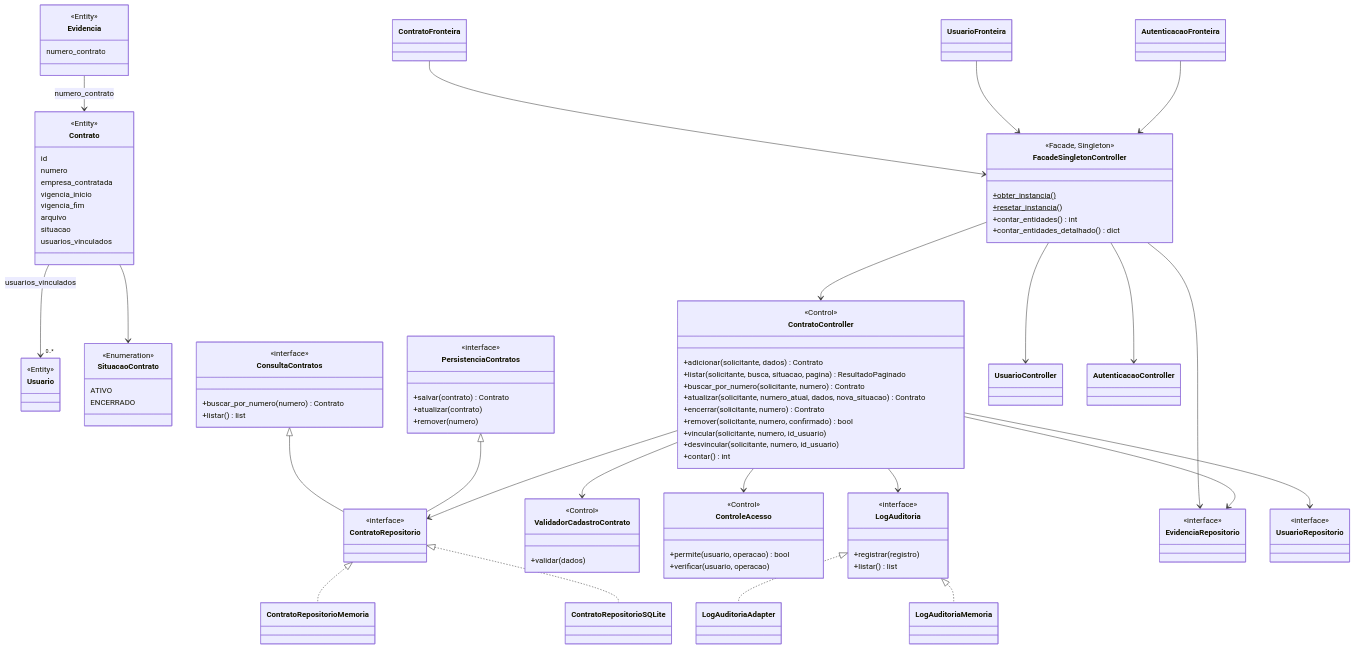
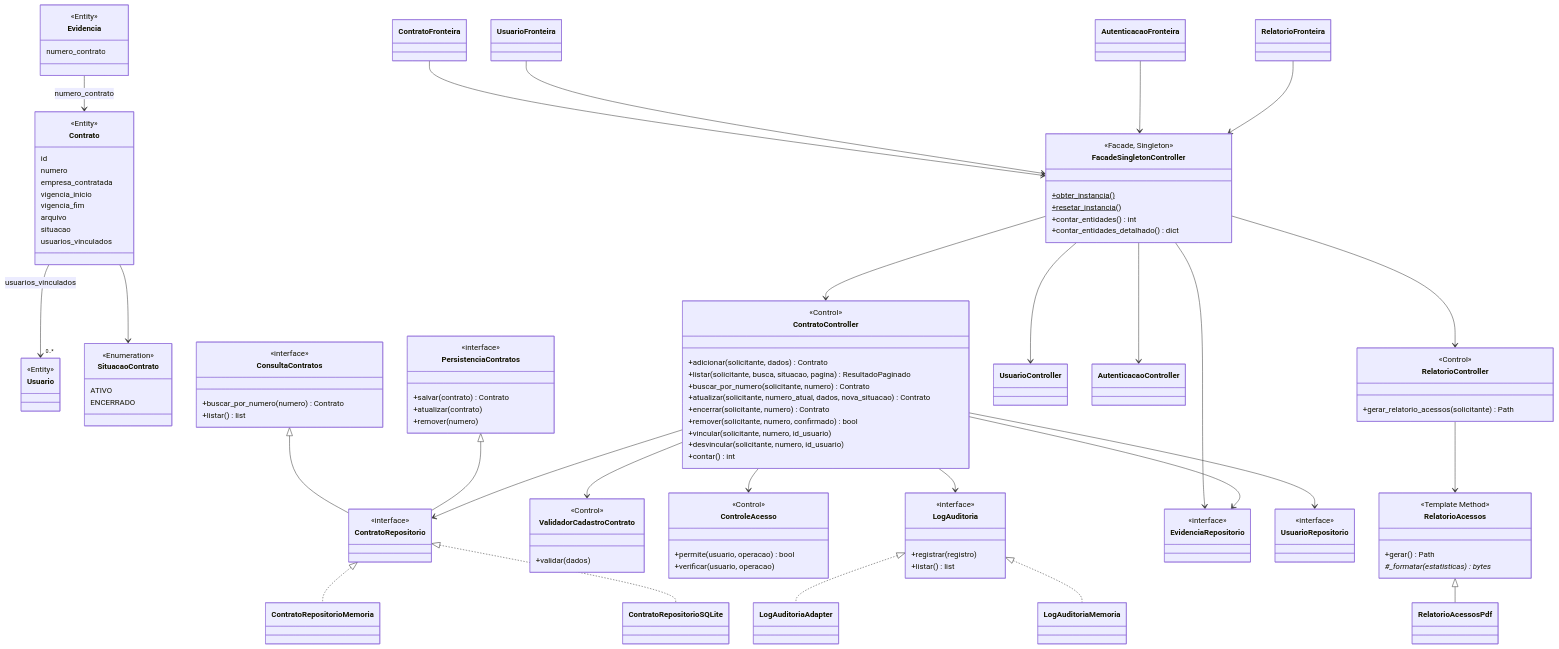
Before and after one commit to bruvaloes/audita: the third of 3 diagrams in docs/08-projeto.md, drawn with Mermaid. The commit also changed other lines of this file, not shown here.

First line of the commit message:
docs(projeto): referenciar o diagrama de classes de projeto da Sprint 4

````diff
--- a/docs/08-projeto.md
+++ b/docs/08-projeto.md
@@ -213,4 +235,18 @@
     FacadeSingletonController --> ContratoController
     FacadeSingletonController --> UsuarioController
     FacadeSingletonController --> AutenticacaoController
+    class RelatorioController {
+        <<Control>>
+        +gerar_relatorio_acessos(solicitante) Path
+    }
+    class RelatorioAcessos {
+        <<Template Method>>
+        +gerar() Path
+        #_formatar(estatisticas) bytes*
+    }
+    class RelatorioAcessosPdf
+    RelatorioFronteira --> FacadeSingletonController
+    FacadeSingletonController --> RelatorioController
+    RelatorioController --> RelatorioAcessos
+    RelatorioAcessos <|-- RelatorioAcessosPdf
 ```
````
